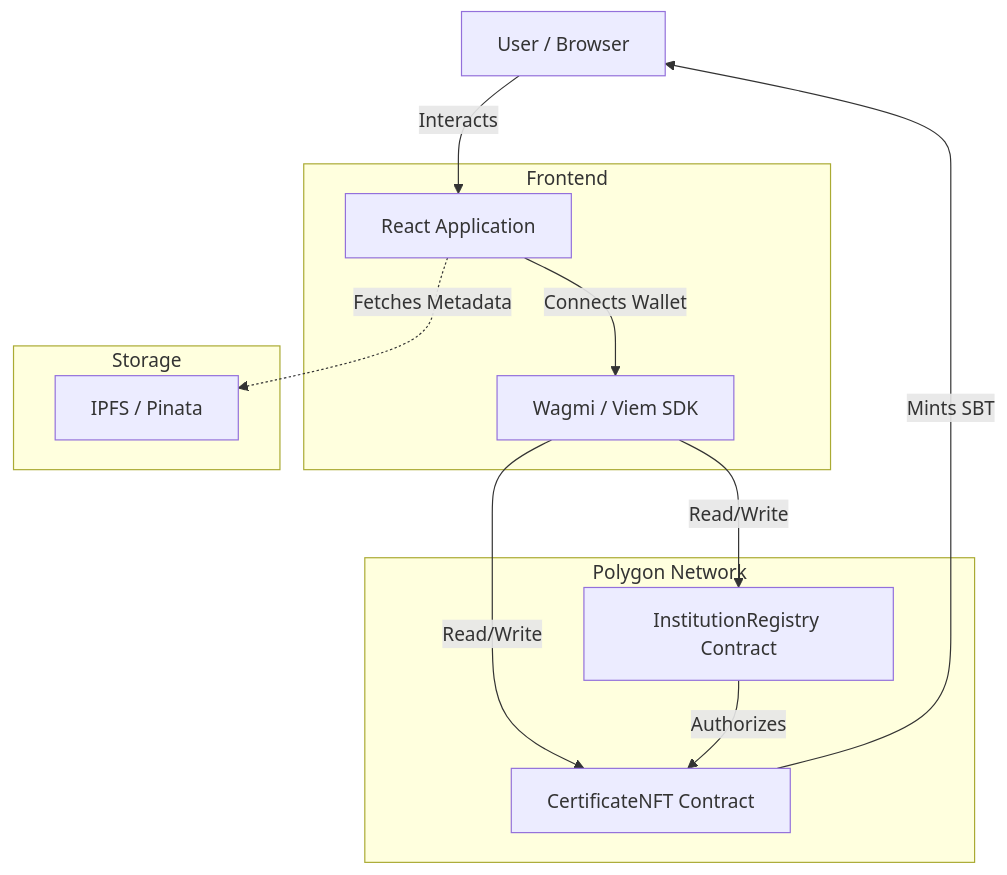
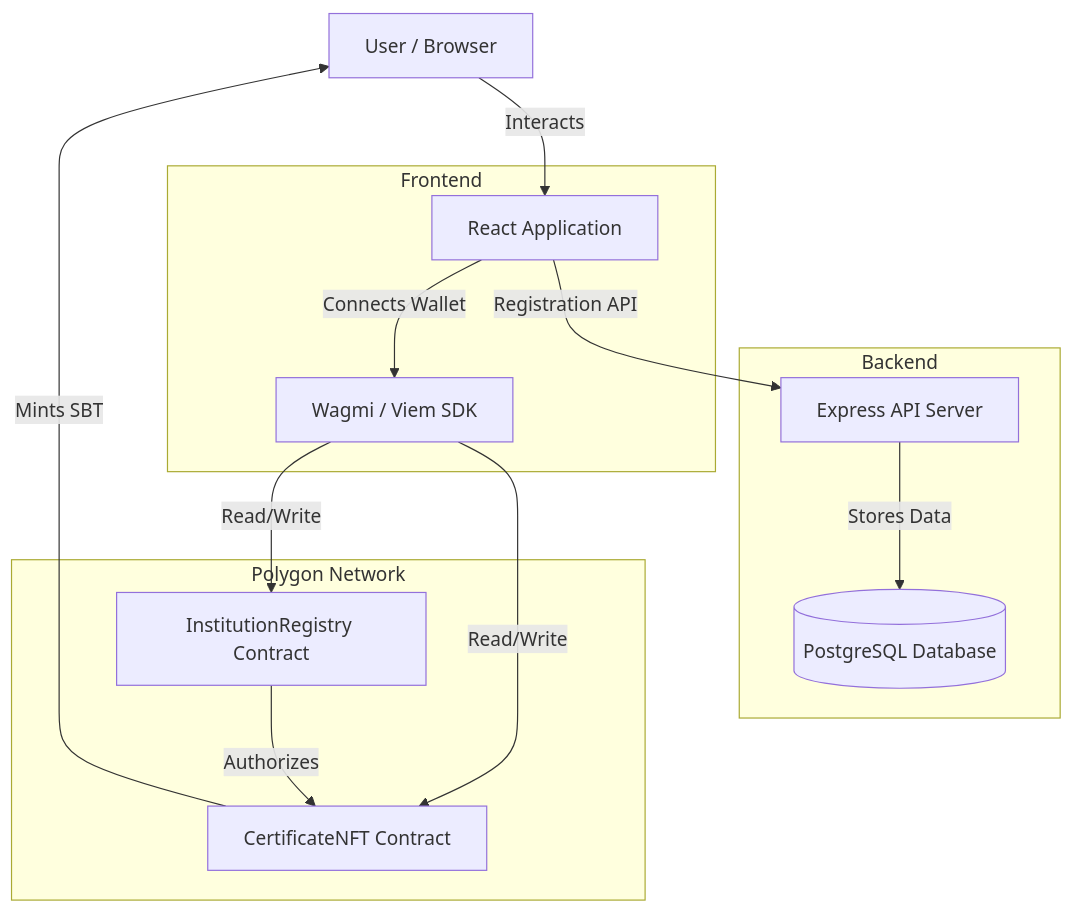
One commit to dinitheth/certichainv01 changed the diagram in README.md. Above: the diagram before and after it, drawn with Mermaid. The commit also changed other lines of this file and 6 other files, not shown here.

First line of the commit message:
feat: Major v2.0 update with PostgreSQL backend, improved UX, and gas optimization

````diff
--- a/README.md
+++ b/README.md
@@ -72,28 +77,30 @@
 ```mermaid
 graph TD
     User[User / Browser]
     
     subgraph Frontend
         App[React Application]
         Wagmi[Wagmi / Viem SDK]
     end
 
+    subgraph Backend
+        API[Express API Server]
+        DB[(PostgreSQL Database)]
+    end
+
     subgraph Blockchain [Polygon Network]
         Registry[InstitutionRegistry Contract]
         NFT[CertificateNFT Contract]
     end
 
-    subgraph Storage
-        IPFS[IPFS / Pinata]
-    end
-
     User -->|Interacts| App
     App -->|Connects Wallet| Wagmi
+    App -->|Registration API| API
+    API -->|Stores Data| DB
     Wagmi -->|Read/Write| Registry
     Wagmi -->|Read/Write| NFT
     Registry -->|Authorizes| NFT
-    App -.->|Fetches Metadata| IPFS
     
     %% Relationships
     NFT -->|Mints SBT| User
 ```
````
